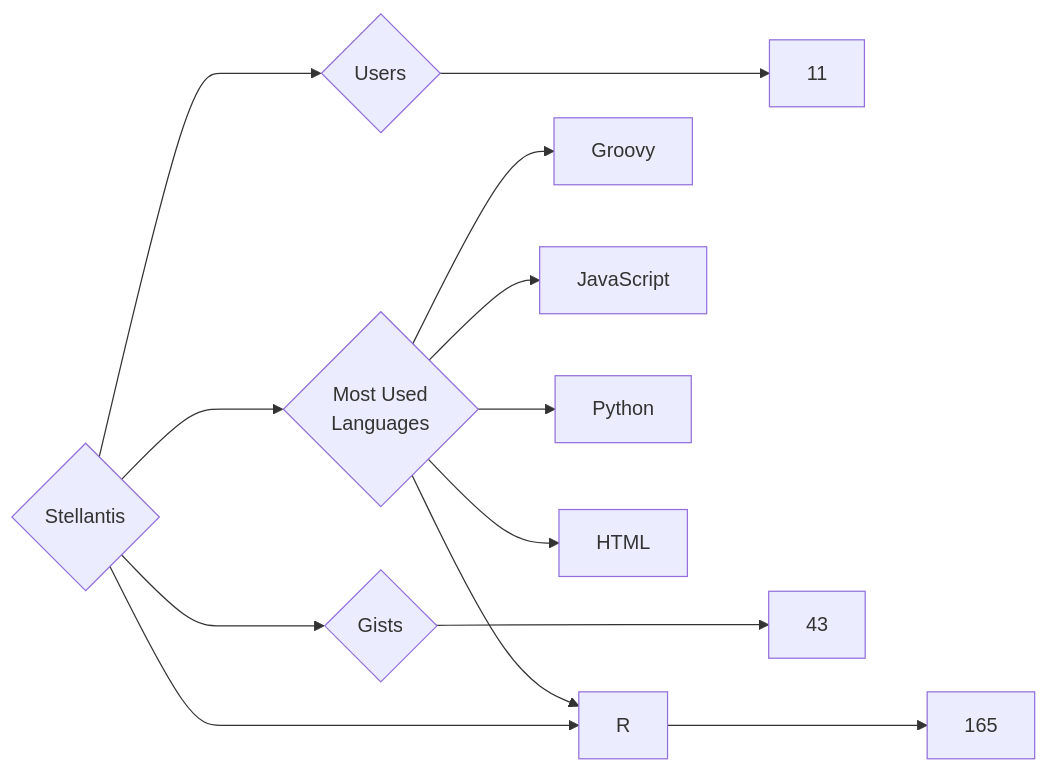
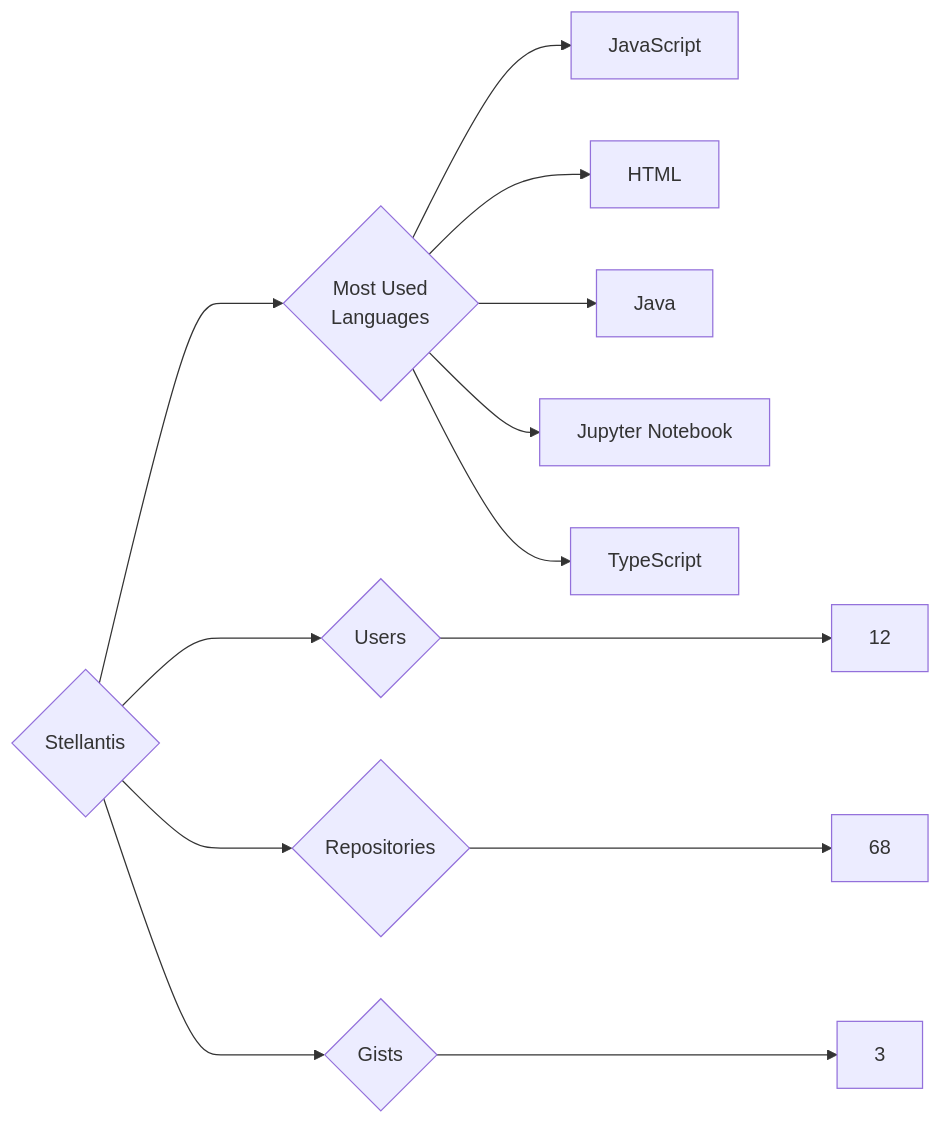
One commit to trickest/insiders changed the diagram in targets/Stellantis/README.md. Above: the diagram before and after it, drawn with Mermaid. The commit also changed 837 other files, not shown here.

````diff
--- a/targets/Stellantis/README.md
+++ b/targets/Stellantis/README.md
@@ -3,13 +3,13 @@
 ```mermaid
 graph LR
 COMPANY_NAME{Stellantis}
-COMPANY_NAME ---> U{Users} ---> UN[11]
-COMPANY_NAME ---> R{Repositories} ---> RN[165]
-COMPANY_NAME ---> G{Gists} ---> GN[43]
+COMPANY_NAME ---> U{Users} ---> UN[12]
+COMPANY_NAME ---> R{Repositories} ---> RN[68]
+COMPANY_NAME ---> G{Gists} ---> GN[3]
 COMPANY_NAME ---> ML{Most Used<br>Languages}
-ML --> Groovy[Groovy]
 ML --> JavaScript[JavaScript]
-ML --> Python[Python]
 ML --> HTML[HTML]
-ML --> R[R]
+ML --> Java[Java]
+ML --> Jupyter_Notebook[Jupyter Notebook]
+ML --> TypeScript[TypeScript]
 ```
````
